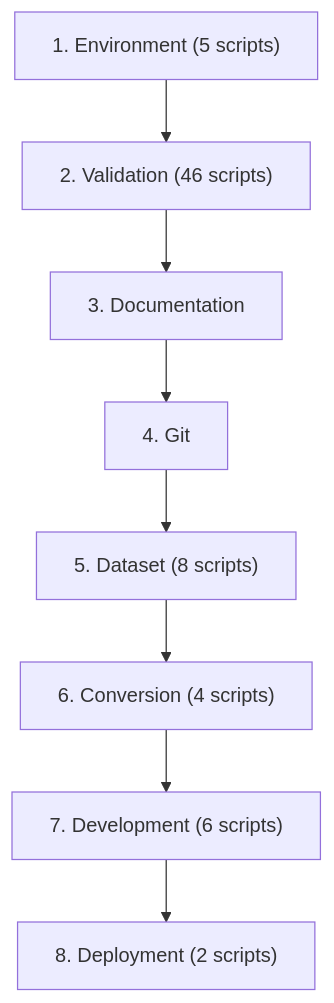
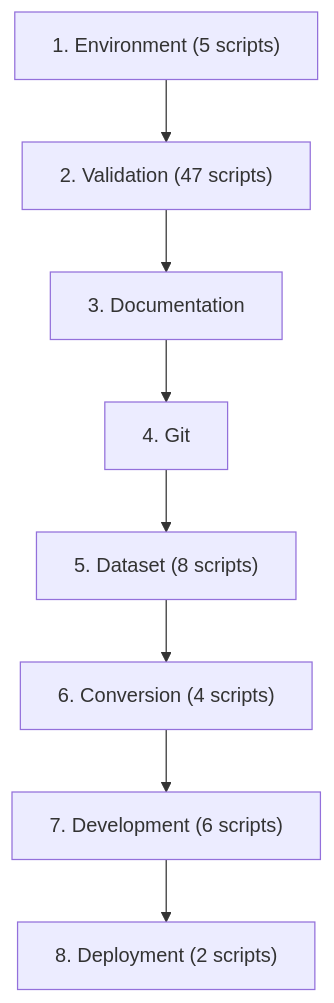
Before and after one commit to chanuka8/argus-gait-recognition: the second of 3 diagrams in scripts/README.md, drawn with Mermaid. The commit also changed other lines of this file and 20 other files, not shown here.

````diff
--- a/scripts/README.md
+++ b/scripts/README.md
@@ -963,18 +967,18 @@
 ```mermaid
 flowchart TD
     step1["1. Environment (5 scripts)"]
-    step2["2. Validation (46 scripts)"]
+    step2["2. Validation (47 scripts)"]
     step1 --> step2
     step3["3. Documentation"]
     step2 --> step3
     step4["4. Git"]
     step3 --> step4
     step5["5. Dataset (8 scripts)"]
     step4 --> step5
     step6["6. Conversion (4 scripts)"]
     step5 --> step6
     step7["7. Development (6 scripts)"]
     step6 --> step7
     step8["8. Deployment (2 scripts)"]
     step7 --> step8
 ```
````
